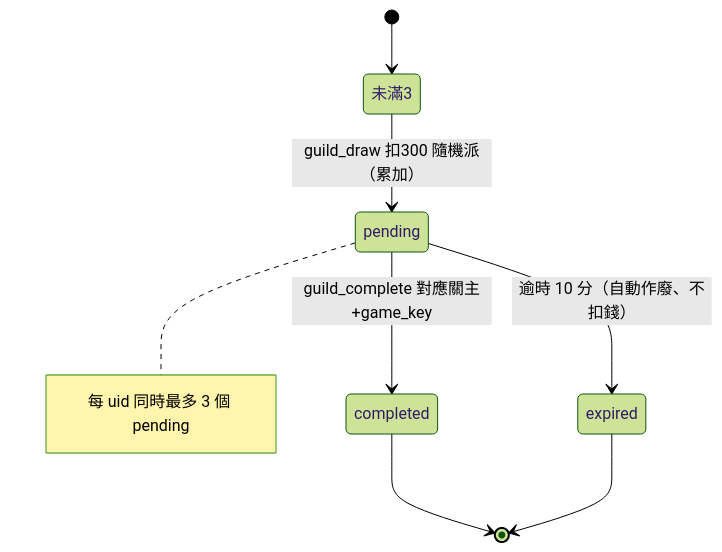
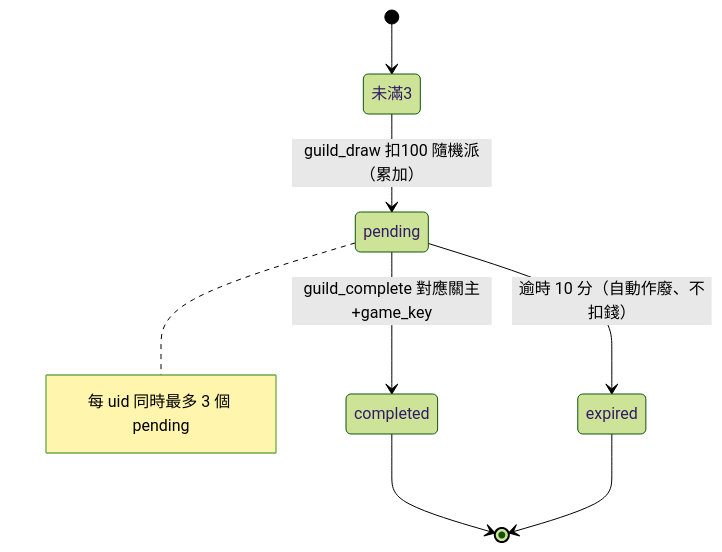
Before and after one commit to mushding/2026-bilingual-camp-little-market: the fifth of 7 diagrams in docs/app/33-架構與部署.md, drawn with Mermaid (forest theme). The commit also changed other lines of this file and 26 other files, not shown here.

````diff
--- a/docs/app/33-架構與部署.md
+++ b/docs/app/33-架構與部署.md
@@ -124,10 +124,10 @@
 ```mermaid
 stateDiagram-v2
   [*] --> 未滿3
-  未滿3 --> pending: guild_draw 扣300 隨機派（累加）
+  未滿3 --> pending: guild_draw 扣100 隨機派（累加）
   pending --> completed: guild_complete 對應關主+game_key
   pending --> expired: 逾時 10 分（自動作廢、不扣錢）
   completed --> [*]
   expired --> [*]
   note right of pending: 每 uid 同時最多 3 個 pending
 ```
````
